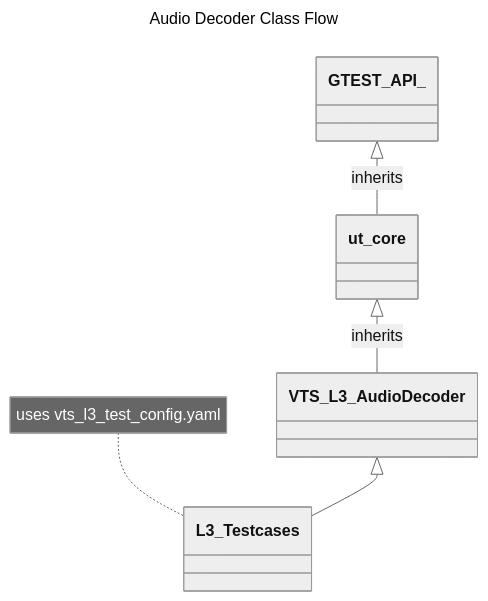
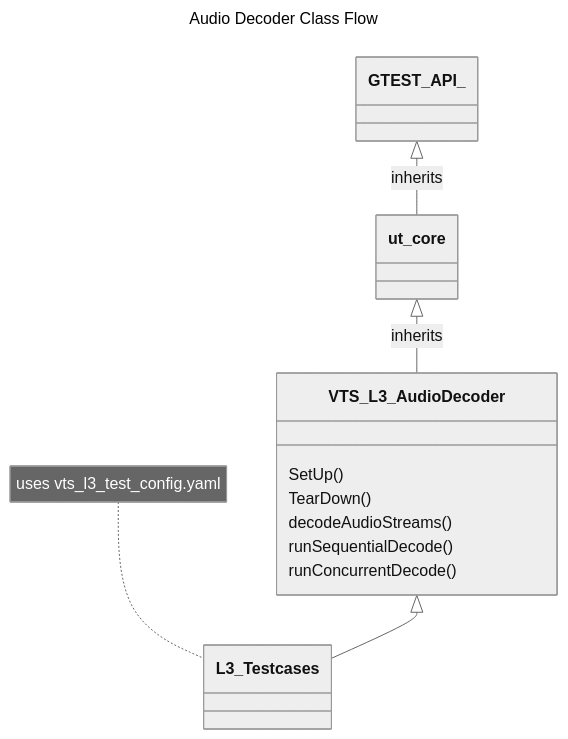
Before and after one commit to davidkoo-brcm/rdk-halif-aidl-test-audiodecoder: the first of 10 diagrams in docs/pages/audioDecoder_L3_Low-Level_TestSpecification.md, drawn with Mermaid (neutral theme). The commit also changed other lines of this file and 1 other file, not shown here.

````diff
--- a/docs/pages/audioDecoder_L3_Low-Level_TestSpecification.md
+++ b/docs/pages/audioDecoder_L3_Low-Level_TestSpecification.md
@@ -163,12 +173,17 @@
 ```mermaid
 ---
 title: Audio Decoder Class Flow
 ---
 classDiagram
     GTEST_API_ <|-- ut_core : inherits
-    class ut_core{
+    ut_core <|-- VTS_L3_AudioDecoder : inherits
+    class VTS_L3_AudioDecoder{
+      SetUp()
+      TearDown()
+      decodeAudioStreams()
+      runSequentialDecode()
+      runConcurrentDecode()
     }
-    ut_core <|-- VTS_L3_AudioDecoder : inherits
     VTS_L3_AudioDecoder <|-- L3_Testcases
     note for L3_Testcases "uses vts_l3_test_config.yaml"
 ```
````
